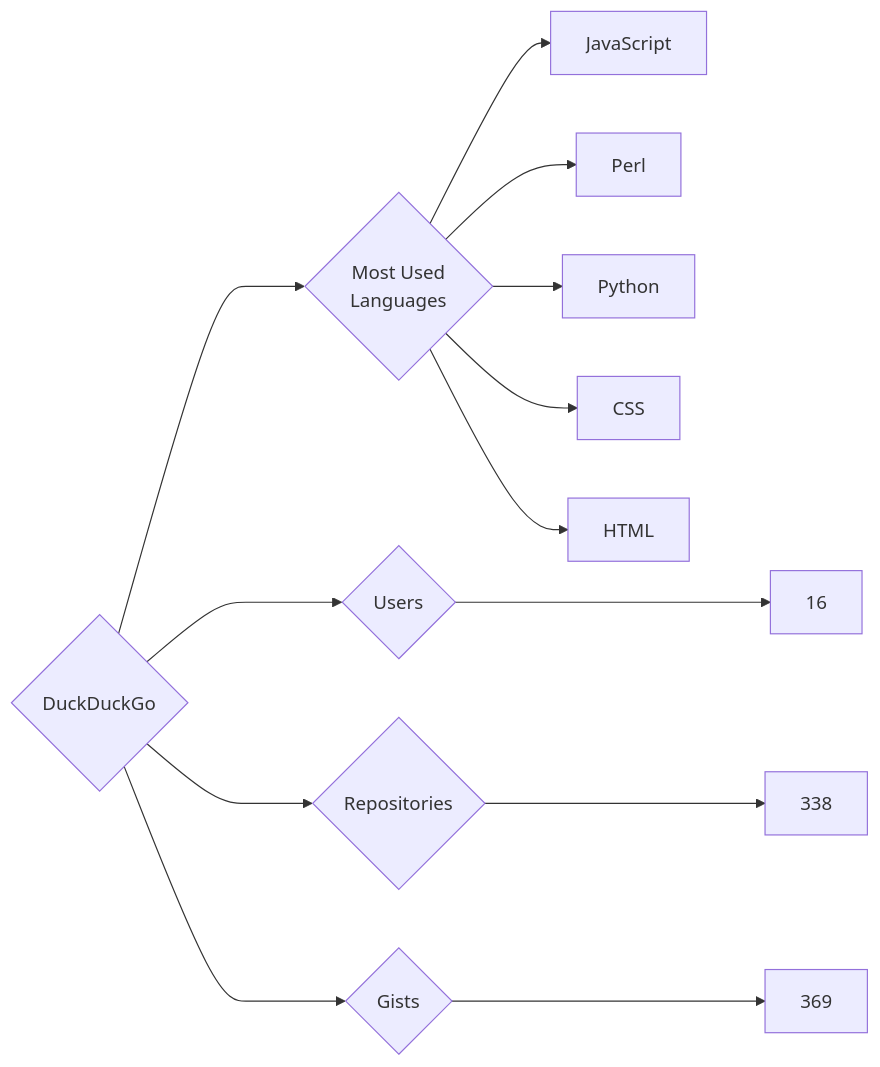
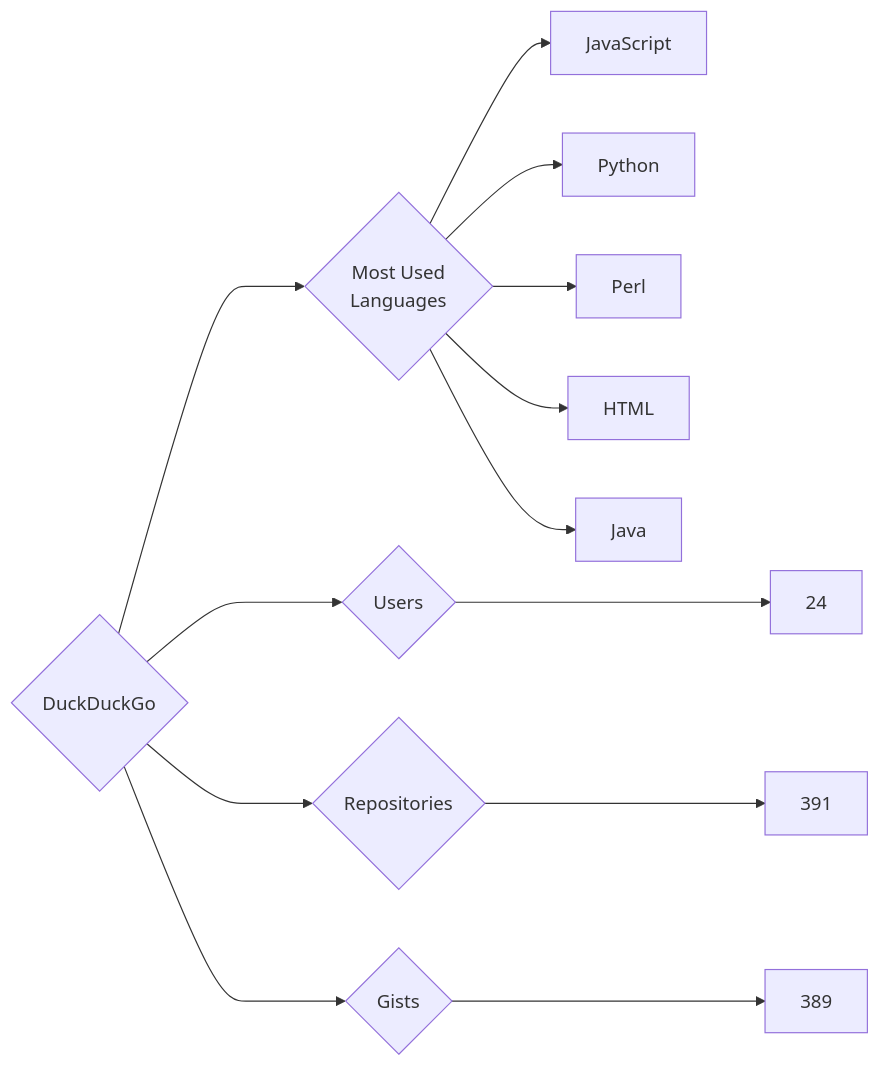
One commit to trickest/insiders changed the diagram in targets/DuckDuckGo/README.md. Above: the diagram before and after it, drawn with Mermaid. The commit also changed 622 other files, not shown here.

````diff
--- a/targets/DuckDuckGo/README.md
+++ b/targets/DuckDuckGo/README.md
@@ -3,13 +3,13 @@
 ```mermaid
 graph LR
 COMPANY_NAME{DuckDuckGo}
-COMPANY_NAME ---> U{Users} ---> UN[16]
-COMPANY_NAME ---> R{Repositories} ---> RN[338]
-COMPANY_NAME ---> G{Gists} ---> GN[369]
+COMPANY_NAME ---> U{Users} ---> UN[24]
+COMPANY_NAME ---> R{Repositories} ---> RN[391]
+COMPANY_NAME ---> G{Gists} ---> GN[389]
 COMPANY_NAME ---> ML{Most Used<br>Languages}
 ML --> JavaScript[JavaScript]
+ML --> Python[Python]
 ML --> Perl[Perl]
-ML --> Python[Python]
-ML --> CSS[CSS]
 ML --> HTML[HTML]
+ML --> Java[Java]
 ```
````
